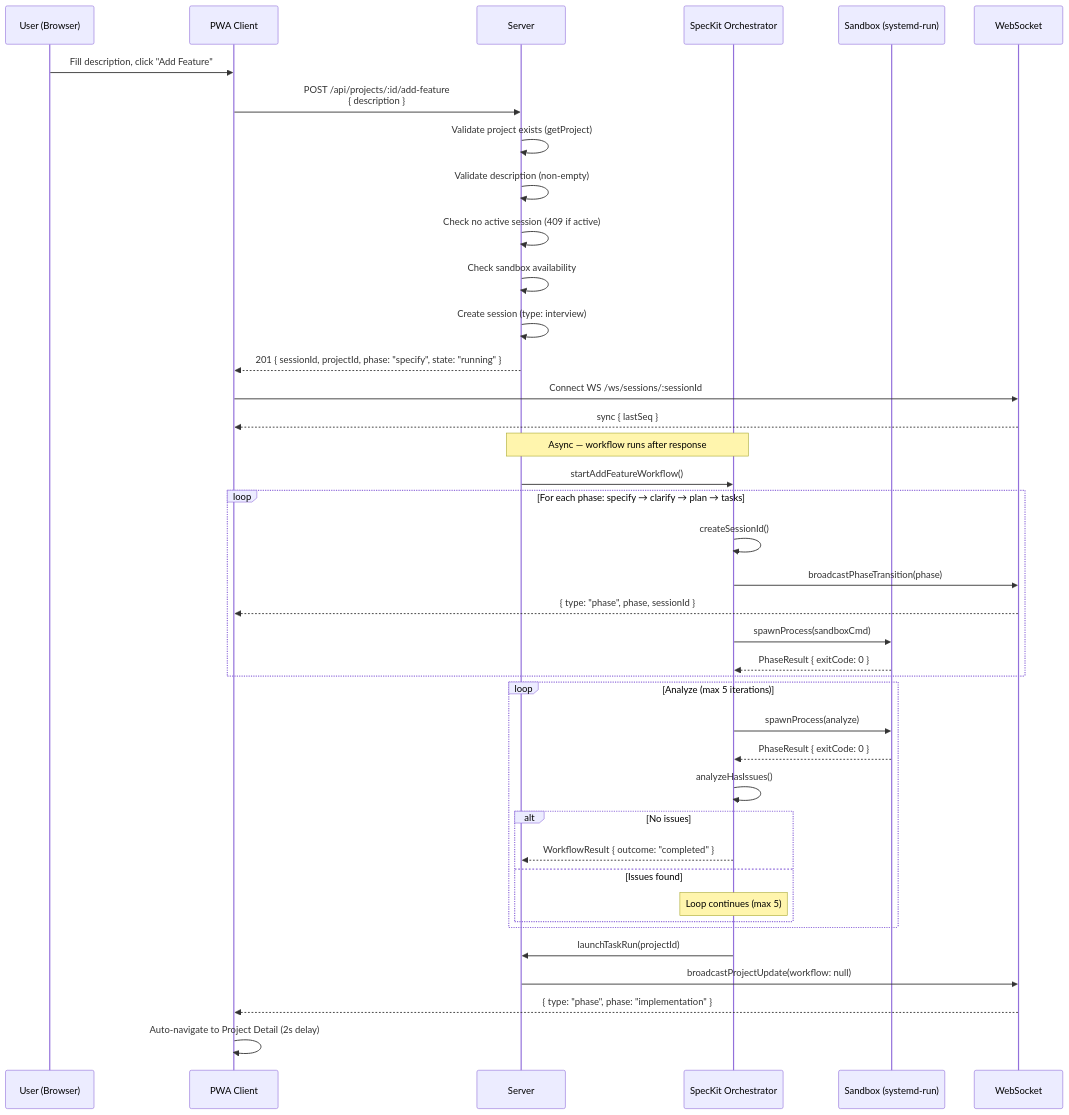
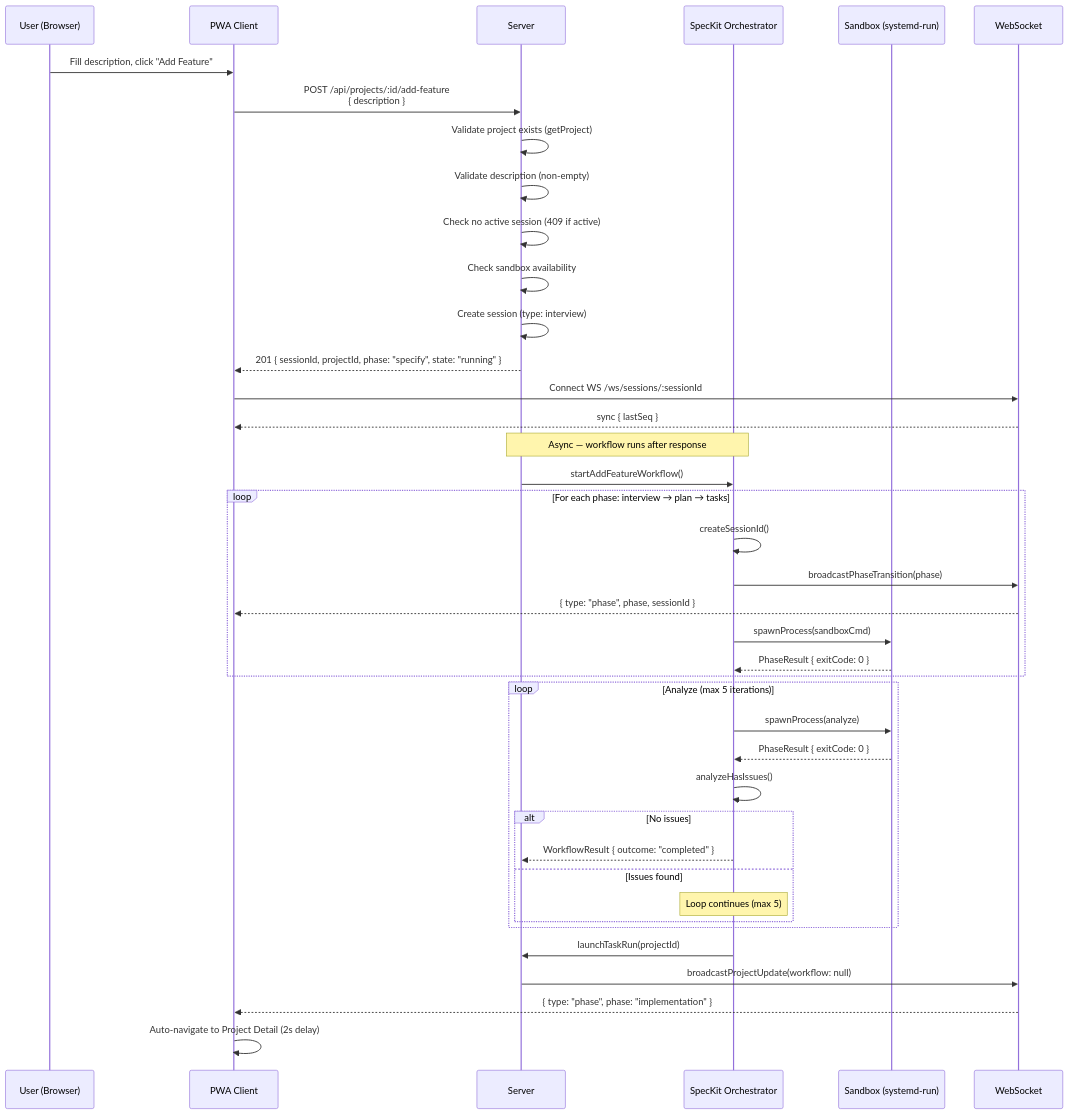
One commit to mmmaxwwwell/agent-runner changed the ninth of 11 diagrams in UI_FLOW.md. Above: the diagram before and after it, drawn with Mermaid. The commit also changed other lines of this file and 1 other file, not shown here.

First line of the commit message:
docs(T039): update UI_FLOW.md for unified onboarding flow

````diff
--- a/UI_FLOW.md
+++ b/UI_FLOW.md
@@ -458,49 +547,49 @@
 ```mermaid
 sequenceDiagram
     participant U as User (Browser)
     participant C as PWA Client
     participant S as Server
     participant SK as SpecKit Orchestrator
     participant SB as Sandbox (systemd-run)
     participant WS as WebSocket
 
     U->>C: Fill description, click "Add Feature"
     C->>S: POST /api/projects/:id/add-feature<br/>{ description }
     S->>S: Validate project exists (getProject)
     S->>S: Validate description (non-empty)
     S->>S: Check no active session (409 if active)
     S->>S: Check sandbox availability
     S->>S: Create session (type: interview)
     S-->>C: 201 { sessionId, projectId, phase: "specify", state: "running" }
 
     C->>WS: Connect WS /ws/sessions/:sessionId
     WS-->>C: sync { lastSeq }
 
     Note over S,SK: Async — workflow runs after response
 
     S->>SK: startAddFeatureWorkflow()
 
-    loop For each phase: specify → clarify → plan → tasks
+    loop For each phase: interview → plan → tasks
         SK->>SK: createSessionId()
         SK->>WS: broadcastPhaseTransition(phase)
         WS-->>C: { type: "phase", phase, sessionId }
         SK->>SB: spawnProcess(sandboxCmd)
         SB-->>SK: PhaseResult { exitCode: 0 }
     end
 
     loop Analyze (max 5 iterations)
         SK->>SB: spawnProcess(analyze)
         SB-->>SK: PhaseResult { exitCode: 0 }
         SK->>SK: analyzeHasIssues()
         alt No issues
             SK-->>S: WorkflowResult { outcome: "completed" }
         else Issues found
             Note over SK: Loop continues (max 5)
         end
     end
 
     SK->>S: launchTaskRun(projectId)
     S->>WS: broadcastProjectUpdate(workflow: null)
     WS-->>C: { type: "phase", phase: "implementation" }
     C->>C: Auto-navigate to Project Detail (2s delay)
 ```
````
